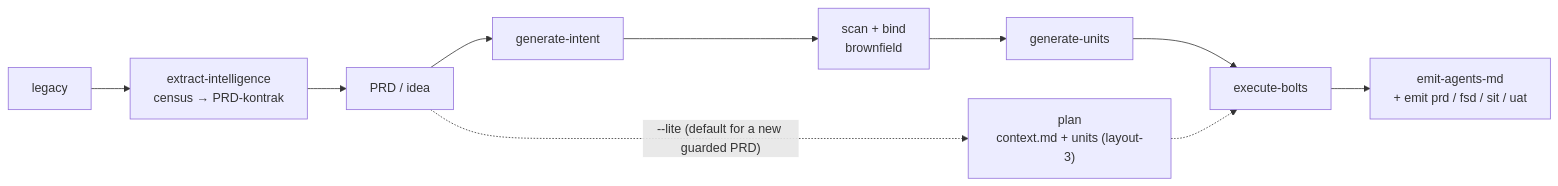
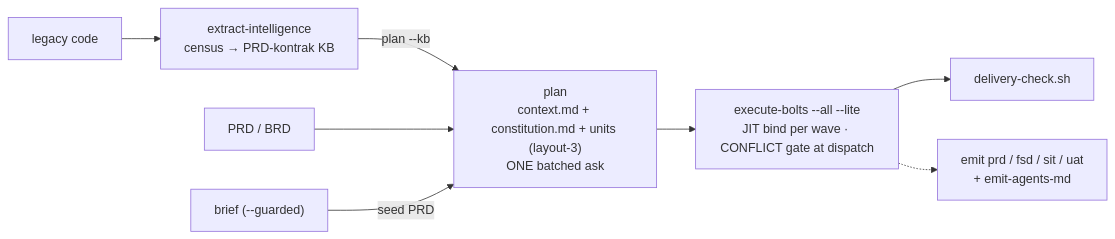
The second of 3 diagrams in plugins/mega-sdd/README.md (FarhanRiuzaki/Mega-SDD), drawn with Mermaid before and after one commit. The commit also changed other lines of this file and 325 other files, not shown here.

````diff
--- a/plugins/mega-sdd/README.md
+++ b/plugins/mega-sdd/README.md
@@ -52,8 +90,10 @@
 ```mermaid
 flowchart LR
-    LEG[legacy] --> EXT["extract-intelligence<br/>census → PRD-kontrak"]
-    EXT --> PRD[PRD / idea] --> GI[generate-intent]
-    GI --> SB[scan + bind<br/>brownfield] --> GU[generate-units] --> EB[execute-bolts]
-    PRD -.->|"--lite (default for a new guarded PRD)"| PL["plan<br/>context.md + units (layout-3)"] -.-> EB
-    EB --> EMIT[emit-agents-md<br/>+ emit prd / fsd / sit / uat]
+    LEG[legacy code] --> EXT["extract-intelligence<br/>census → PRD-kontrak KB"]
+    EXT -->|"plan --kb"| PL
+    PRD[PRD / BRD] --> PL
+    BR["brief (--guarded)"] -->|seed PRD| PL
+    PL["plan<br/>context.md + constitution.md + units (layout-3)<br/>ONE batched ask"] --> EB["execute-bolts --all --lite<br/>JIT bind per wave · CONFLICT gate at dispatch"]
+    EB --> DC[delivery-check.sh]
+    EB -.-> EMIT["emit prd / fsd / sit / uat<br/>+ emit-agents-md"]
 ```
````
